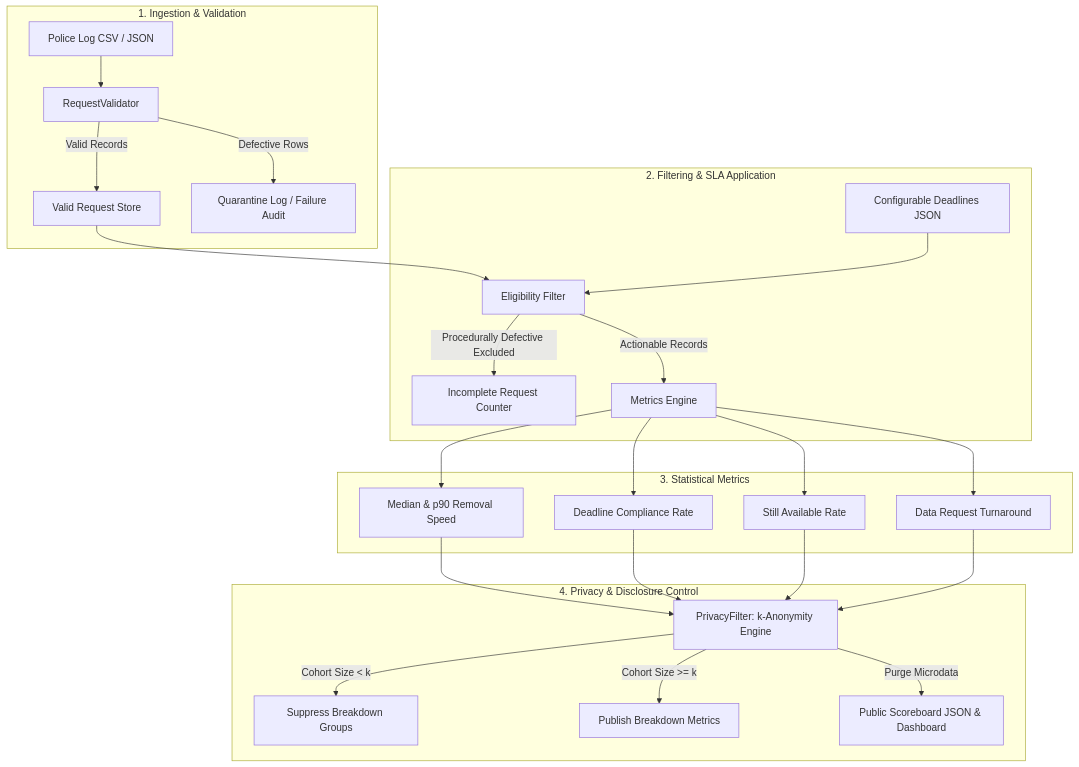
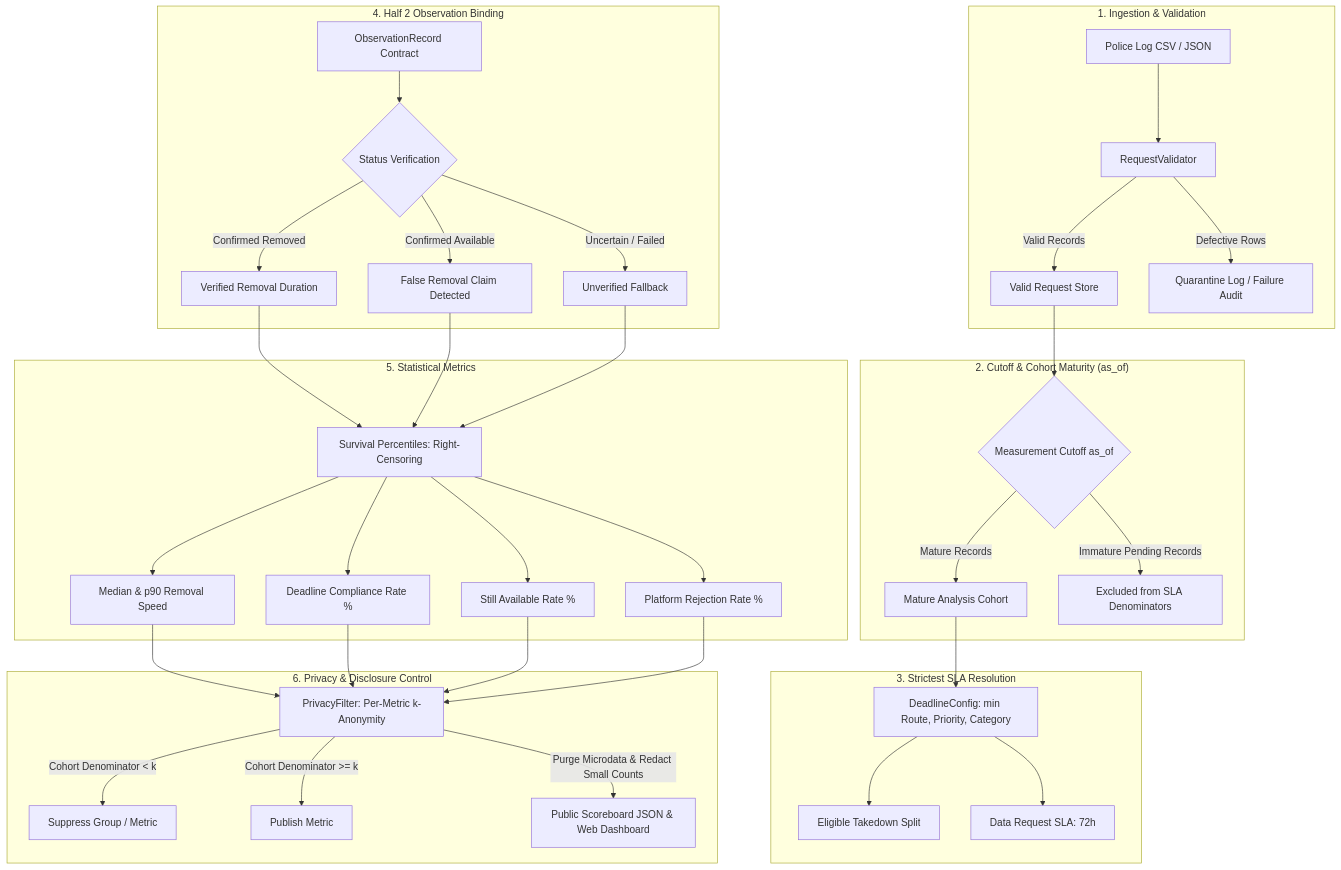
Before and after one commit to annkollappallil/takedown-tracking: the diagram in METHODOLOGY.md, drawn with Mermaid. The commit also changed other lines of this file and 16 other files, not shown here.

````diff
--- a/METHODOLOGY.md
+++ b/METHODOLOGY.md
@@ -12,29 +12,42 @@
 ```mermaid
 flowchart TD
     subgraph Ingestion["1. Ingestion & Validation"]
         A[Police Log CSV / JSON] --> B[RequestValidator]
         B -->|Valid Records| C[Valid Request Store]
         B -->|Defective Rows| D[Quarantine Log / Failure Audit]
     end
 
-    subgraph Processing["2. Filtering & SLA Application"]
-        C --> E[Eligibility Filter]
-        CFG[Configurable Deadlines JSON] --> E
-        E -->|Procedurally Defective Excluded| F[Incomplete Request Counter]
-        E -->|Actionable Records| G[Metrics Engine]
+    subgraph CutoffAndMaturity["2. Cutoff & Cohort Maturity (as_of)"]
+        C --> E{Measurement Cutoff as_of}
+        E -->|Mature Records| F[Mature Analysis Cohort]
+        E -->|Immature Pending Records| G[Excluded from SLA Denominators]
     end
 
-    subgraph StatisticalEngine["3. Statistical Metrics"]
-        G --> H[Median & p90 Removal Speed]
-        G --> I[Deadline Compliance Rate]
-        G --> J[Still Available Rate]
-        G --> K[Data Request Turnaround]
+    subgraph Processing["3. Strictest SLA Resolution"]
+        F --> H[DeadlineConfig: min Route, Priority, Category]
+        H --> I[Eligible Takedown Split]
+        H --> J[Data Request SLA: 72h]
     end
 
-    subgraph PrivacyLayer["4. Privacy & Disclosure Control"]
-        H & I & J & K --> L[PrivacyFilter: k-Anonymity Engine]
-        L -->|Cohort Size < k| M[Suppress Breakdown Groups]
-        L -->|Cohort Size >= k| N[Publish Breakdown Metrics]
-        L -->|Purge Microdata| O[Public Scoreboard JSON & Dashboard]
+    subgraph VerifierIntegration["4. Half 2 Observation Binding"]
+        OBS[ObservationRecord Contract] --> K{Status Verification}
+        K -->|Confirmed Removed| L[Verified Removal Duration]
+        K -->|Confirmed Available| M[False Removal Claim Detected]
+        K -->|Uncertain / Failed| N[Unverified Fallback]
+    end
+
+    subgraph StatisticalEngine["5. Statistical Metrics"]
+        L & M & N --> O[Survival Percentiles: Right-Censoring]
+        O --> P[Median & p90 Removal Speed]
+        O --> Q[Deadline Compliance Rate %]
+        O --> R[Still Available Rate %]
+        O --> S[Platform Rejection Rate %]
+    end
+
+    subgraph PrivacyLayer["6. Privacy & Disclosure Control"]
+        P & Q & R & S --> T[PrivacyFilter: Per-Metric k-Anonymity]
+        T -->|Cohort Denominator < k| U[Suppress Group / Metric]
+        T -->|Cohort Denominator >= k| V[Publish Metric]
+        T -->|Purge Microdata & Redact Small Counts| W[Public Scoreboard JSON & Web Dashboard]
     end
 ```
````
